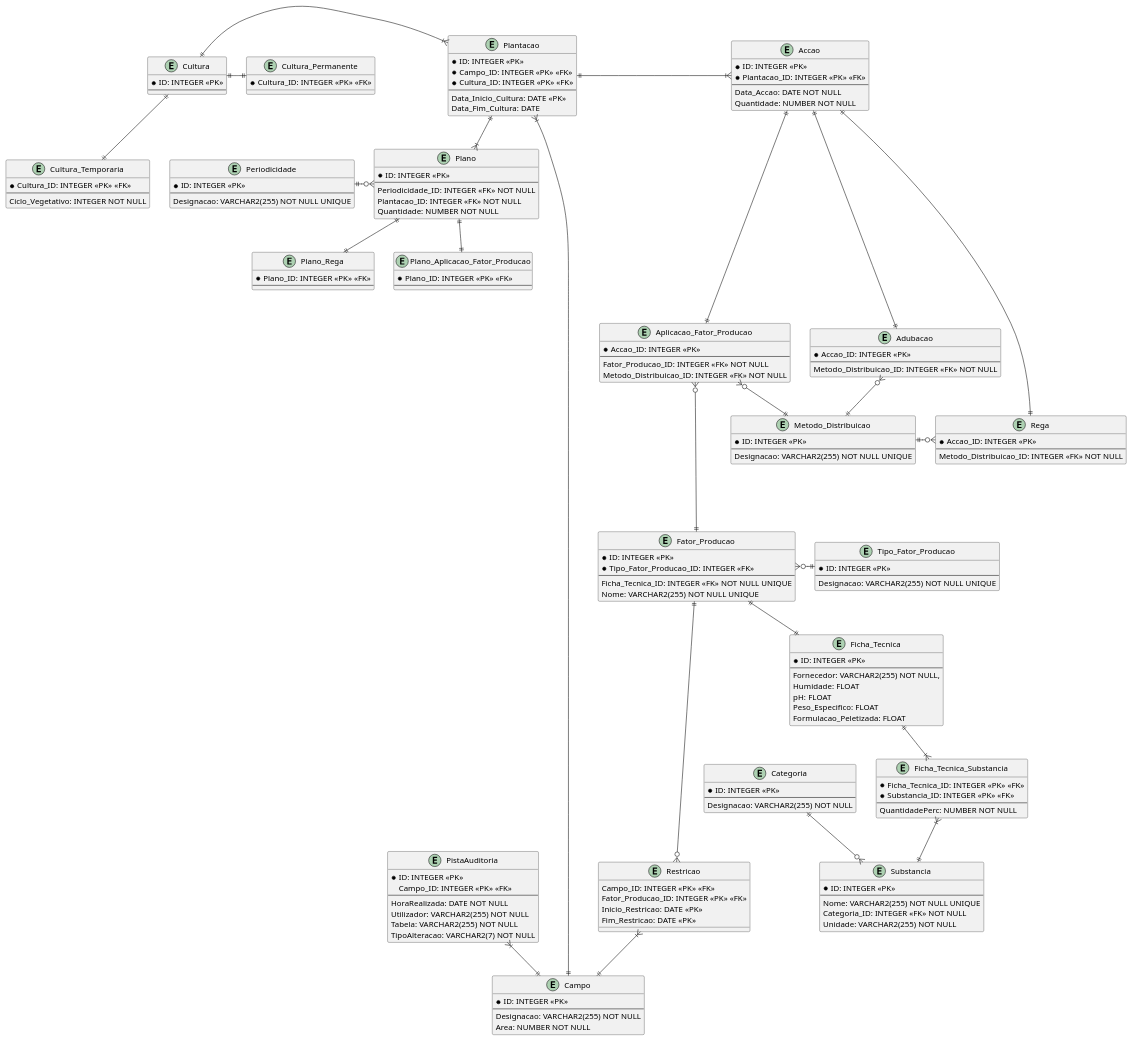
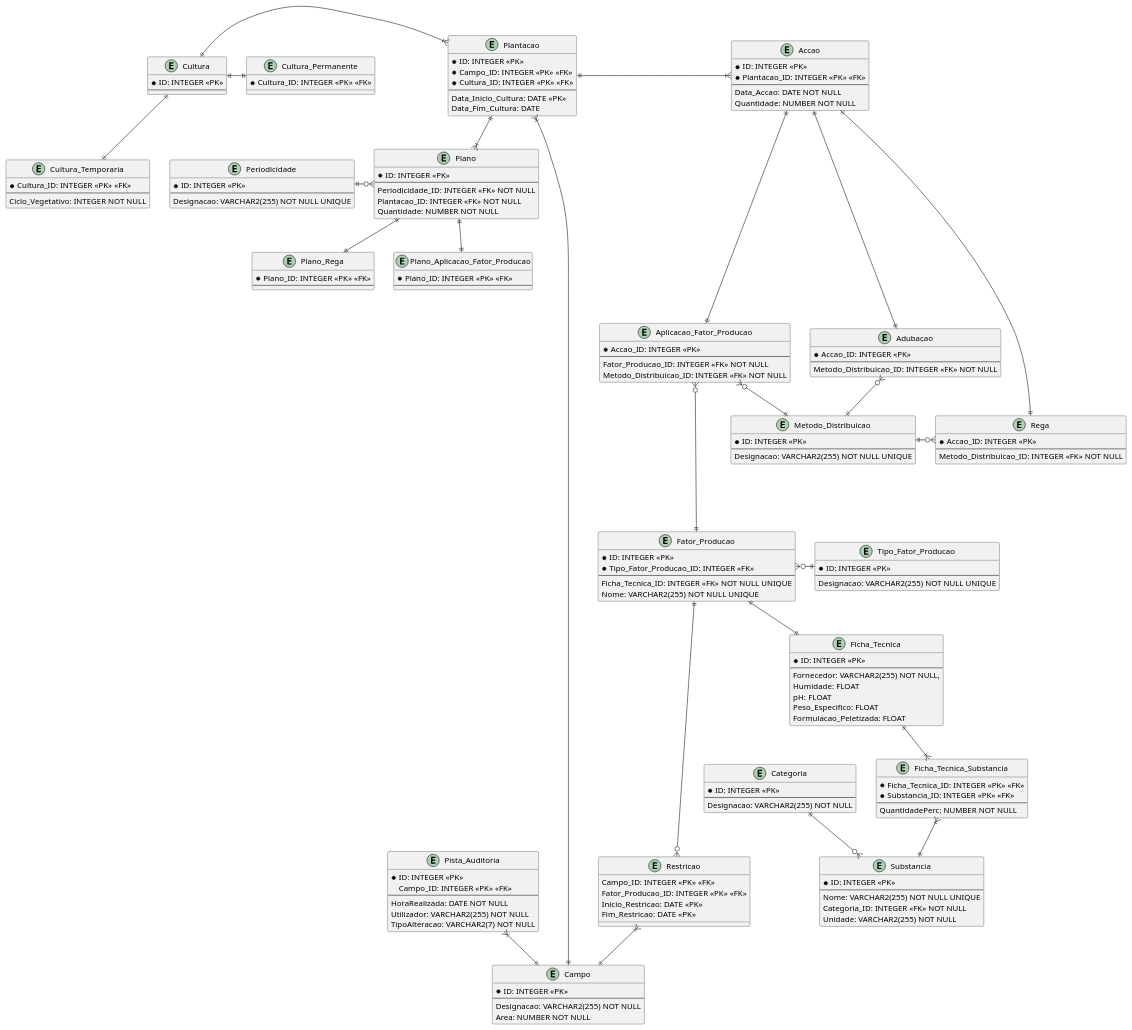
One commit to Mendoncaa/LAPR3 changed the diagram in BDDAD/Quinta-Manutenção.puml. Above: the diagram before and after it, drawn with PlantUML. The commit also changed 1 other file, not shown here.

```diff
--- a/BDDAD/Quinta-Manutenção.puml
+++ b/BDDAD/Quinta-Manutenção.puml
@@ -152,20 +152,19 @@
     * Plano_ID: INTEGER <<PK>> <<FK>>
     --
 }
-entity PistaAuditoria{
+entity Pista_Auditoria{
     * ID: INTEGER <<PK>>
     Campo_ID: INTEGER <<PK>> <<FK>>
     --
     HoraRealizada: DATE NOT NULL
     Utilizador: VARCHAR2(255) NOT NULL
-    Tabela: VARCHAR2(255) NOT NULL
     TipoAlteracao: VARCHAR2(7) NOT NULL
 }
 
 
 Campo ||-d-|{ Plantacao
 Campo ||-u-|{ Restricao
-Campo ||-u-|{ PistaAuditoria
+Campo ||-u-|{ Pista_Auditoria
 
 Cultura ||-r-|{ Plantacao
 
```
